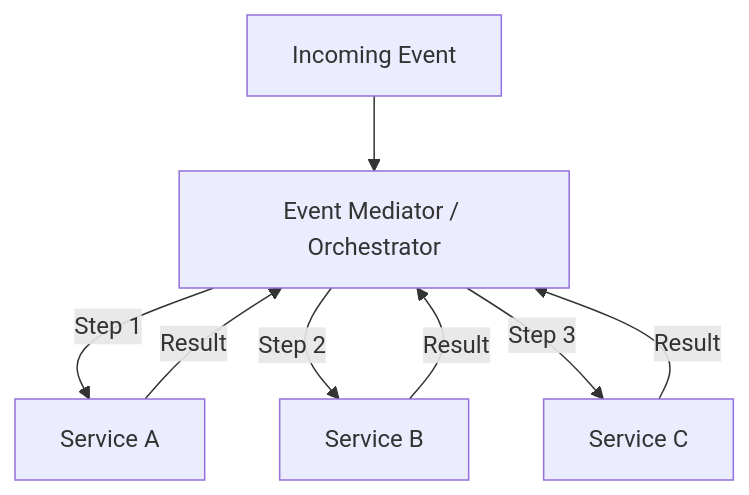
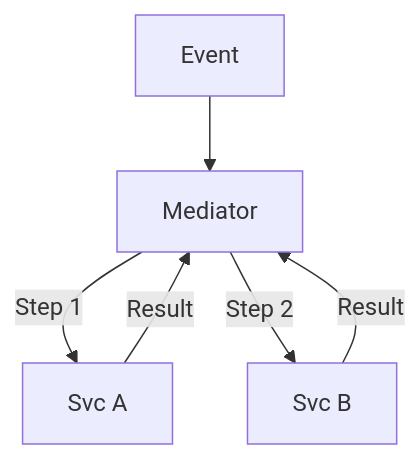
The eighth of 16 diagrams in Sessions/Event-Driven Architecture/Slides.md (calmrocks/system-design-dive-deep), drawn with Mermaid before and after one commit. The commit also changed other lines of this file and 2 other files, not shown here.

```diff
--- a/Sessions/Event-Driven Architecture/Slides.md
+++ b/Sessions/Event-Driven Architecture/Slides.md
@@ -372,10 +232,7 @@
 ~~~mermaid
 flowchart TB
-    E[Incoming Event] --> M[Event Mediator / Orchestrator]
-    M -->|Step 1| S1[Service A]
-    M -->|Step 2| S2[Service B]
-    M -->|Step 3| S3[Service C]
-    S1 -->|Result| M
-    S2 -->|Result| M
-    S3 -->|Result| M
+    E[Event] --> M[Mediator]
+    M -->|Step 1| S1[Svc A]
+    M -->|Step 2| S2[Svc B]
+    S1 & S2 -->|Result| M
 ~~~
```
